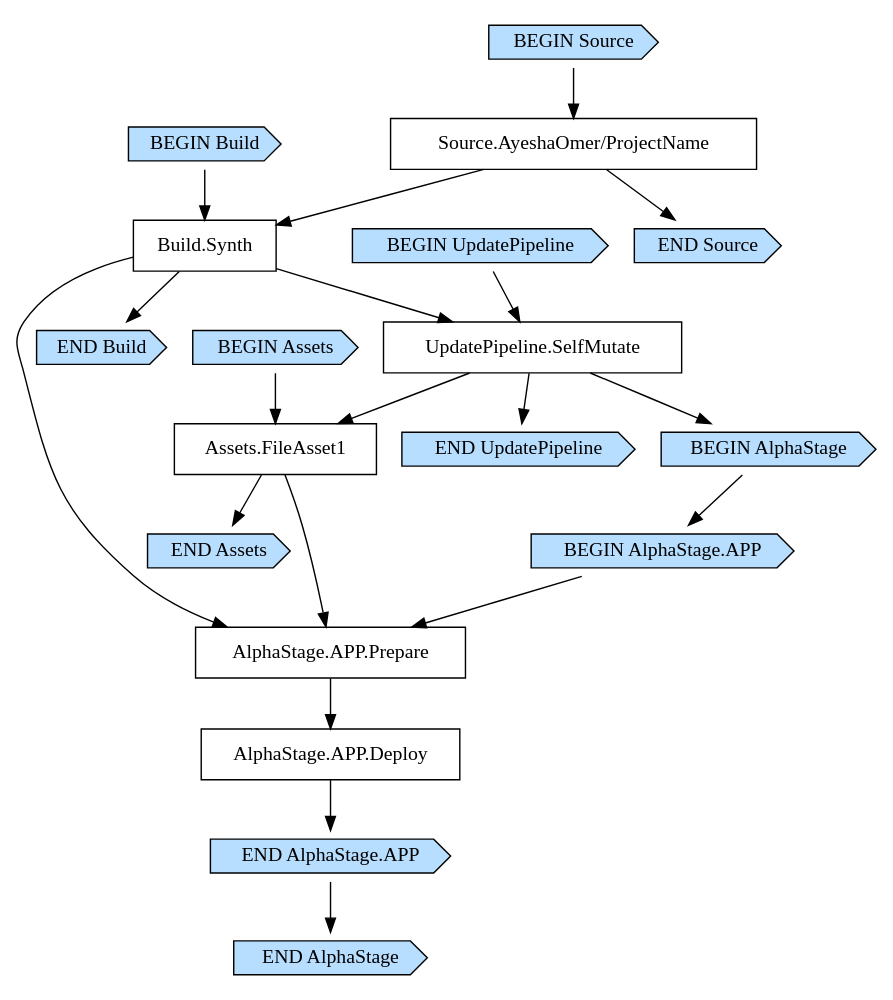
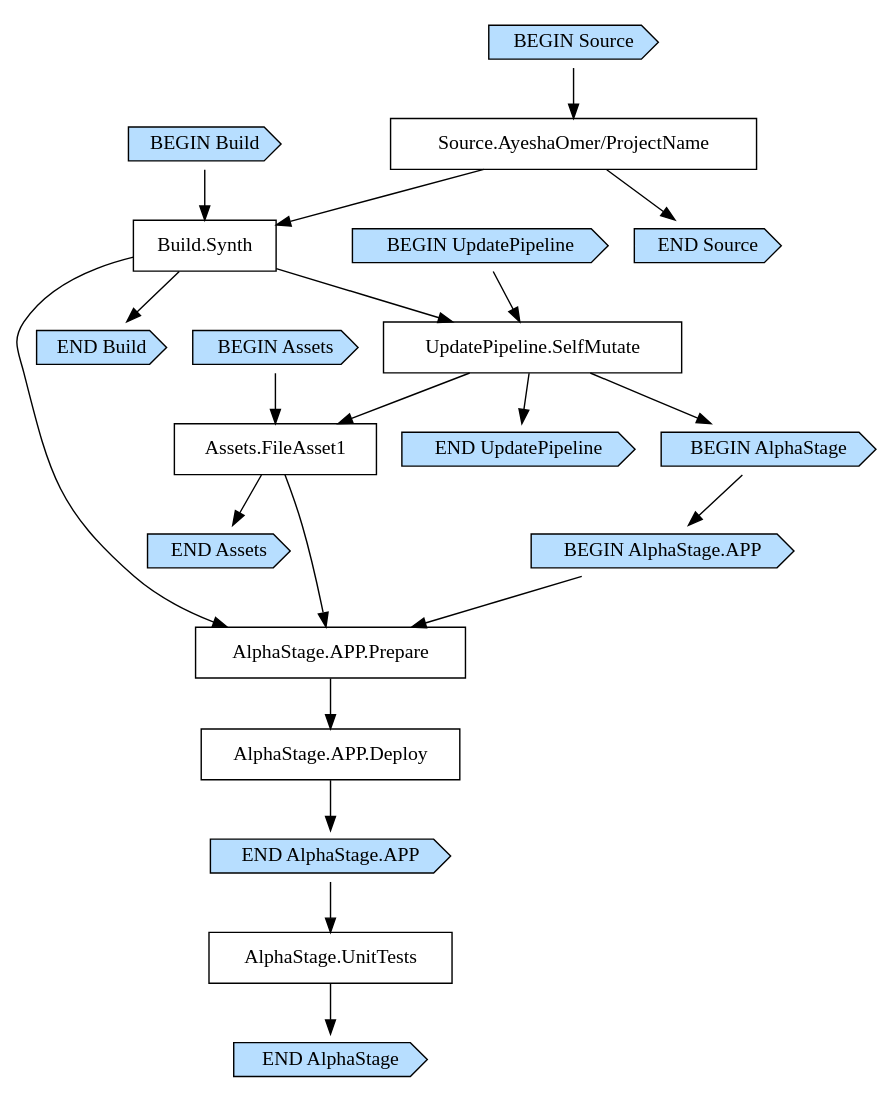
One commit to AyeshaOmer/ProjectName changed the diagram in Ayesha/cdk.out/PipelineStackpipelineE8F65EF0.dot. Above: the diagram before and after it, drawn with Graphviz. The commit also changed 7 other files, not shown here.

```diff
--- a/Ayesha/cdk.out/PipelineStackpipelineE8F65EF0.dot
+++ b/Ayesha/cdk.out/PipelineStackpipelineE8F65EF0.dot
@@ -1,44 +1,46 @@
 digraph G {
   # Arrows represent an "unlocks" relationship (opposite of dependency). So chosen
   # because the layout looks more natural that way.
   # To represent subgraph dependencies, subgraphs are represented by BEGIN/END nodes.
   # To render: `dot -Tsvg PipelineStackpipelineE8F65EF0.dot > graph.svg`, open in a browser.
   node [shape="box"];
 "BEGIN Build" [shape="cds", style="filled", fillcolor="#b7deff"];
 "END Build" [shape="cds", style="filled", fillcolor="#b7deff"];
 "Build.Synth";
 "Source.AyeshaOmer/ProjectName" -> "Build.Synth";
 "BEGIN Build" -> "Build.Synth";
 "Build.Synth" -> "END Build";
 "BEGIN UpdatePipeline" [shape="cds", style="filled", fillcolor="#b7deff"];
 "END UpdatePipeline" [shape="cds", style="filled", fillcolor="#b7deff"];
 "UpdatePipeline.SelfMutate";
 "Build.Synth" -> "UpdatePipeline.SelfMutate";
 "BEGIN UpdatePipeline" -> "UpdatePipeline.SelfMutate";
 "UpdatePipeline.SelfMutate" -> "END UpdatePipeline";
 "BEGIN Assets" [shape="cds", style="filled", fillcolor="#b7deff"];
 "END Assets" [shape="cds", style="filled", fillcolor="#b7deff"];
 "Assets.FileAsset1";
 "UpdatePipeline.SelfMutate" -> "Assets.FileAsset1";
 "BEGIN Assets" -> "Assets.FileAsset1";
 "Assets.FileAsset1" -> "END Assets";
 "BEGIN AlphaStage" [shape="cds", style="filled", fillcolor="#b7deff"];
 "END AlphaStage" [shape="cds", style="filled", fillcolor="#b7deff"];
 "UpdatePipeline.SelfMutate" -> "BEGIN AlphaStage";
 "BEGIN AlphaStage.APP" [shape="cds", style="filled", fillcolor="#b7deff"];
 "END AlphaStage.APP" [shape="cds", style="filled", fillcolor="#b7deff"];
 "AlphaStage.APP.Deploy";
 "AlphaStage.APP.Prepare" -> "AlphaStage.APP.Deploy";
 "AlphaStage.APP.Prepare";
 "Build.Synth" -> "AlphaStage.APP.Prepare";
 "Assets.FileAsset1" -> "AlphaStage.APP.Prepare";
 "BEGIN AlphaStage.APP" -> "AlphaStage.APP.Prepare";
 "AlphaStage.APP.Deploy" -> "END AlphaStage.APP";
+"AlphaStage.UnitTests";
+"END AlphaStage.APP" -> "AlphaStage.UnitTests";
 "BEGIN AlphaStage" -> "BEGIN AlphaStage.APP";
-"END AlphaStage.APP" -> "END AlphaStage";
+"AlphaStage.UnitTests" -> "END AlphaStage";
 "BEGIN Source" [shape="cds", style="filled", fillcolor="#b7deff"];
 "END Source" [shape="cds", style="filled", fillcolor="#b7deff"];
 "Source.AyeshaOmer/ProjectName";
 "BEGIN Source" -> "Source.AyeshaOmer/ProjectName";
 "Source.AyeshaOmer/ProjectName" -> "END Source";
 }
```
